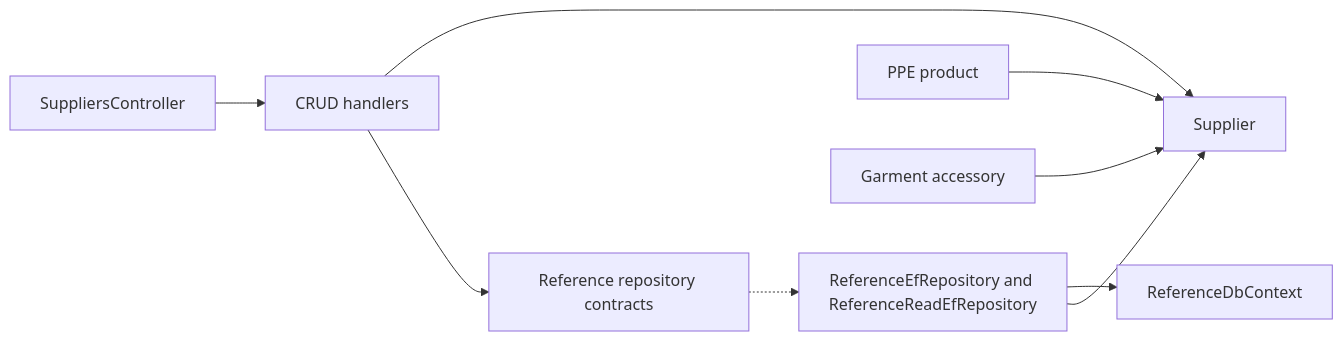
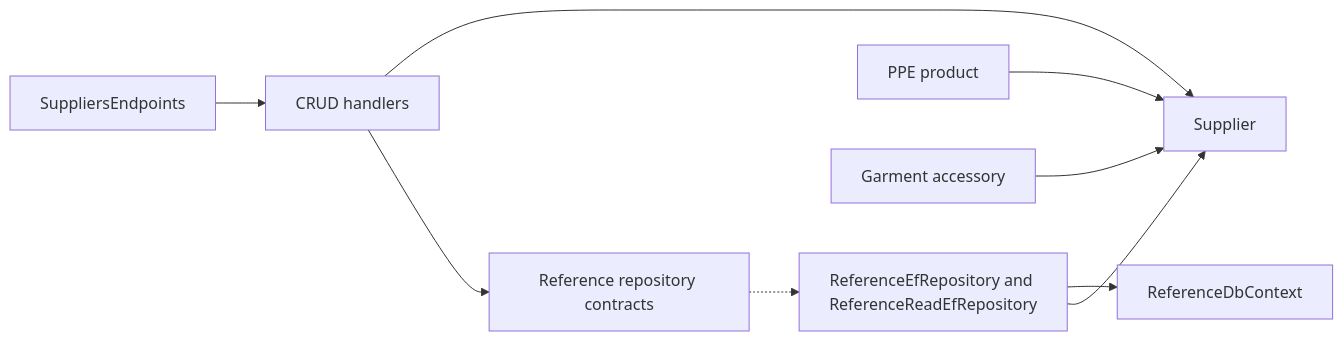
Before and after one commit to Weretik/BreviERP: the diagram in docs/sdd/features/reference/suppliers.md, drawn with Mermaid. The commit also changed other lines of this file and 299 other files, not shown here.

````diff
--- a/docs/sdd/features/reference/suppliers.md
+++ b/docs/sdd/features/reference/suppliers.md
@@ -35,11 +35,11 @@
 ```mermaid
 flowchart LR
-    A["SuppliersController"] --> B["CRUD handlers"]
+    A["SuppliersEndpoints"] --> B["CRUD handlers"]
     B --> C["Supplier"]
     B --> D["Reference repository contracts"]
     D -.-> E["ReferenceEfRepository and ReferenceReadEfRepository"]
     E --> F["ReferenceDbContext"]
     E --> C
     G["PPE product"] --> C
     H["Garment accessory"] --> C
 ```
````
